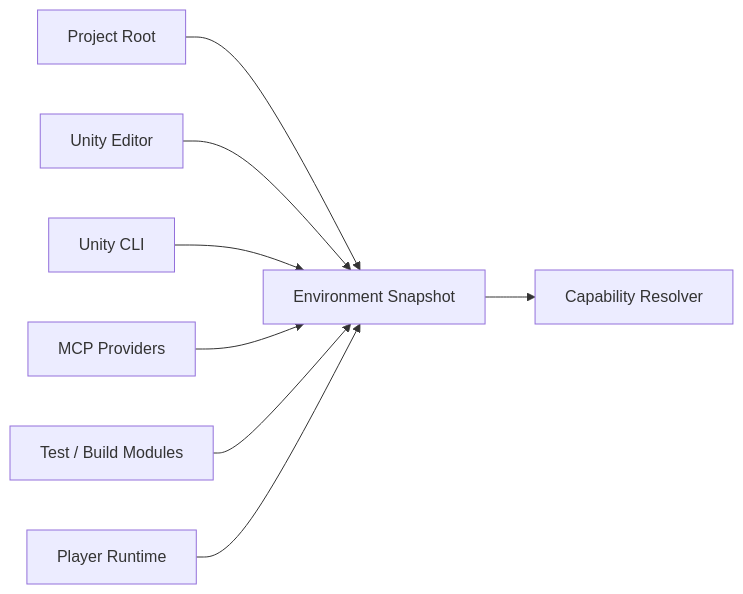
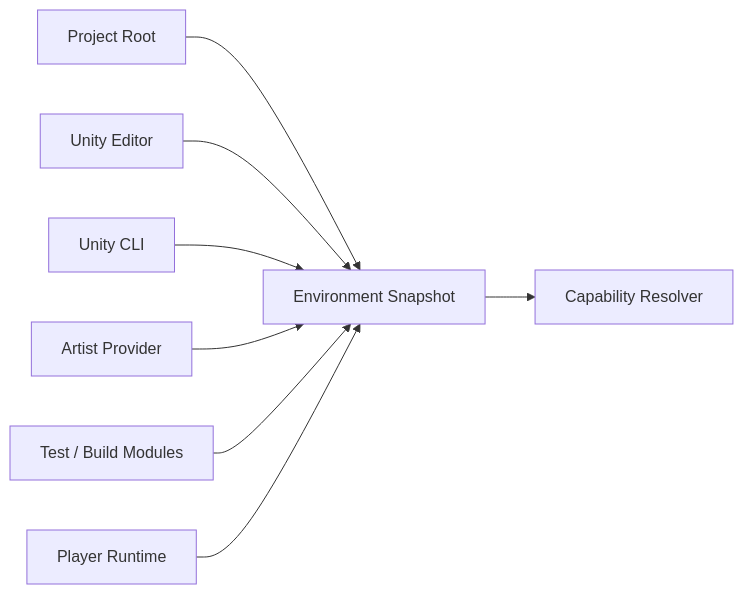
Before and after one commit to DarumaPPAP/UnityAgent: the first of 5 diagrams in docs/unity-environment-adaptation.md, drawn with Mermaid. The commit also changed other lines of this file and 45 other files, not shown here.

````diff
--- a/docs/unity-environment-adaptation.md
+++ b/docs/unity-environment-adaptation.md
@@ -24,10 +23,10 @@
 ```mermaid
 flowchart LR
     P[Project Root] --> E[Environment Snapshot]
     U[Unity Editor] --> E
     C[Unity CLI] --> E
-    M[MCP Providers] --> E
+    A[Artist Provider] --> E
     T[Test / Build Modules] --> E
     R[Player Runtime] --> E
     E --> B[Capability Resolver]
 ```
````
